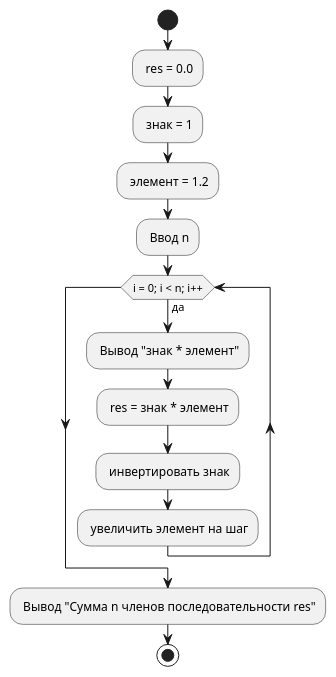
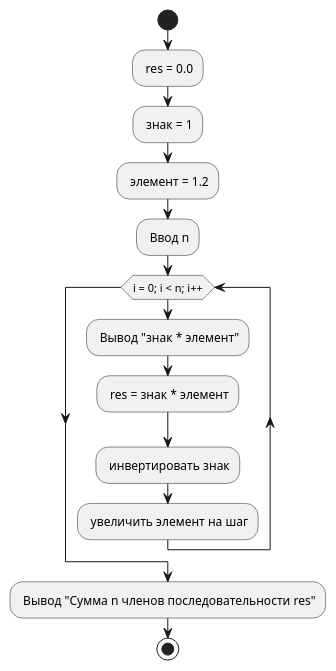
The diagram in uml/04-example2.puml (ermakov0/ivt-cpp), drawn with PlantUML before and after one commit. The commit also changed 24 other files, not shown here.

```diff
--- a/uml/04-example2.puml
+++ b/uml/04-example2.puml
@@ -1,15 +1,15 @@
 @startuml 04-example2
 start
 - res = 0.0
 - знак = 1
 - элемент = 1.2
 - Ввод n
-while (i = 0; i < n; i++) is (да)
+while (i = 0; i < n; i++)
     - Вывод "знак * элемент"
     - res = знак * элемент
     - инвертировать знак
     - увеличить элемент на шаг
 endwhile
 - Вывод "Сумма n членов последовательности res"
 stop
 @enduml
```
